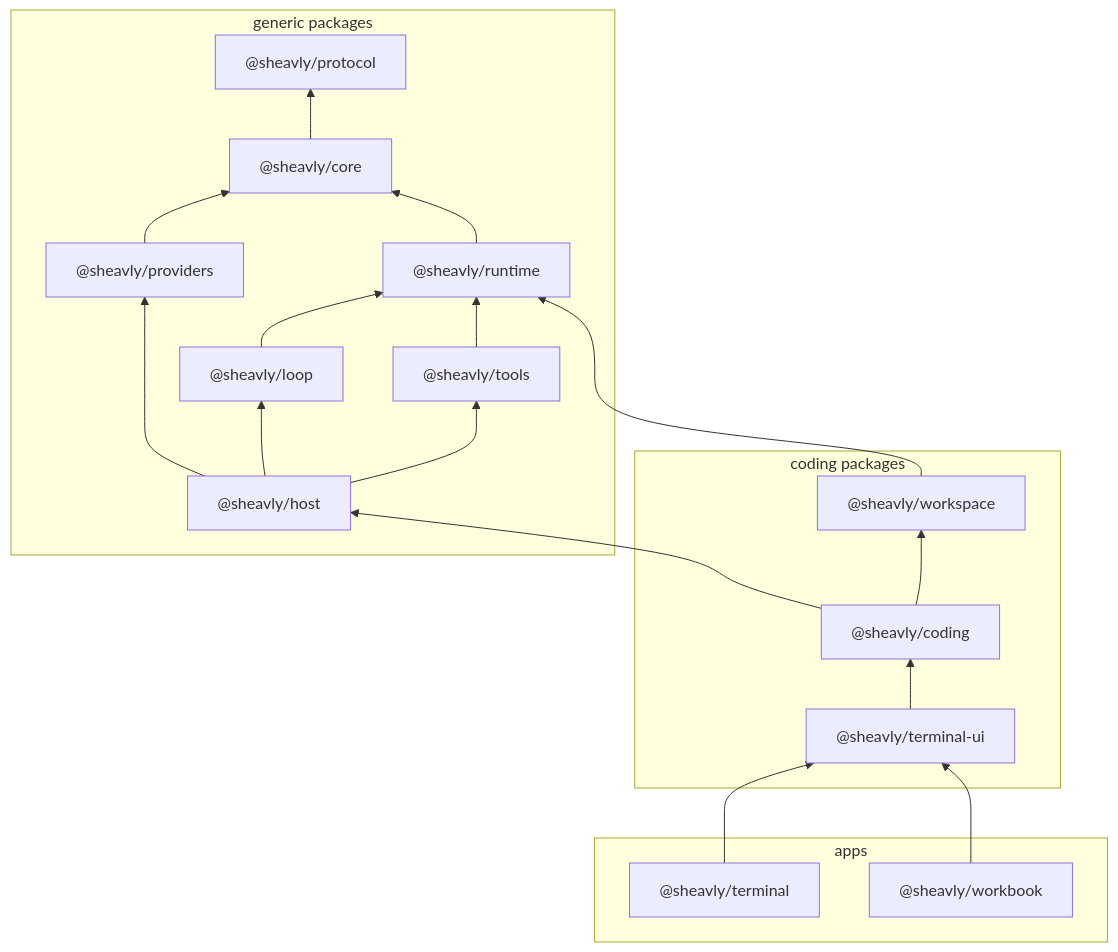
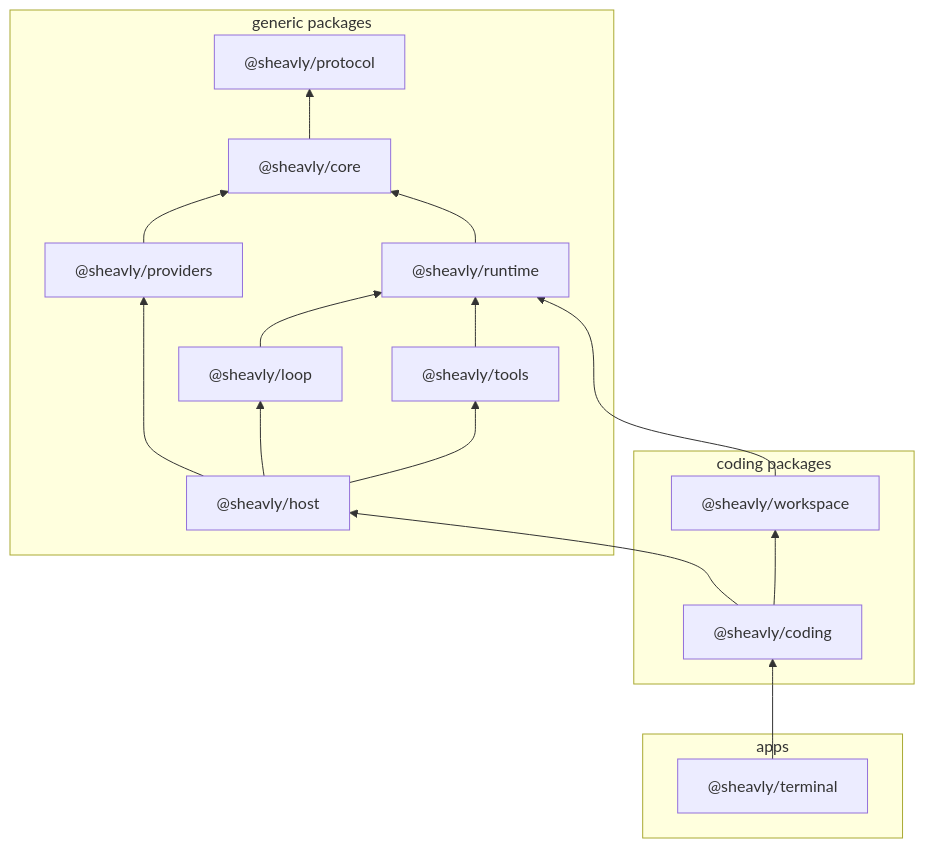
One commit to Sheavly/code changed the diagram in docs/overview.md. Above: the diagram before and after it, drawn with Mermaid. The commit also changed other lines of this file and 58 other files, not shown here.

First line of the commit message:
refactor(terminal): make the demo and the workbook one terminal app

````diff
--- a/docs/overview.md
+++ b/docs/overview.md
@@ -35,35 +35,31 @@
 ```mermaid
 flowchart BT
   subgraph group_generic ["generic packages"]
     core["@sheavly/core"]
     host["@sheavly/host"]
     loop["@sheavly/loop"]
     protocol["@sheavly/protocol"]
     providers["@sheavly/providers"]
     runtime["@sheavly/runtime"]
     tools["@sheavly/tools"]
   end
   subgraph group_coding ["coding packages"]
     coding["@sheavly/coding"]
-    terminal_ui["@sheavly/terminal-ui"]
     workspace["@sheavly/workspace"]
   end
   subgraph group_apps ["apps"]
     terminal["@sheavly/terminal"]
-    workbook["@sheavly/workbook"]
   end
   coding --> host
   coding --> workspace
   core --> protocol
   host --> loop
   host --> providers
   host --> tools
   loop --> runtime
   providers --> core
   runtime --> core
-  terminal --> terminal_ui
-  terminal_ui --> coding
+  terminal --> coding
   tools --> runtime
-  workbook --> terminal_ui
   workspace --> runtime
 ```
````
